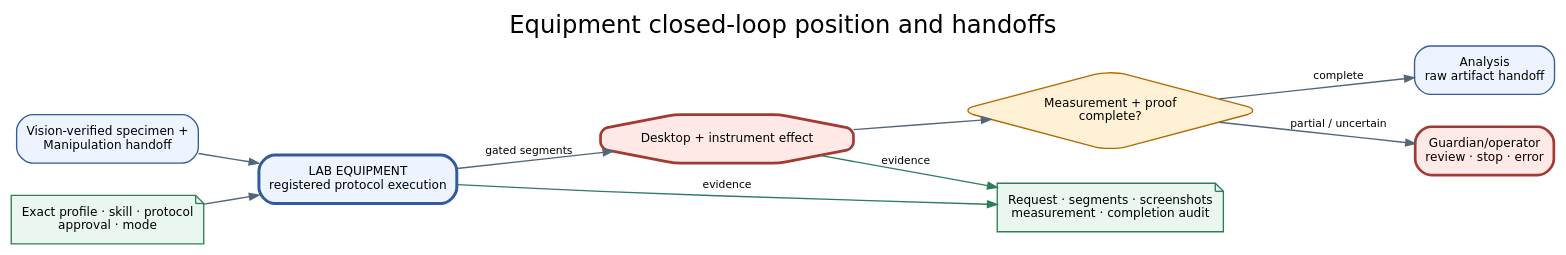
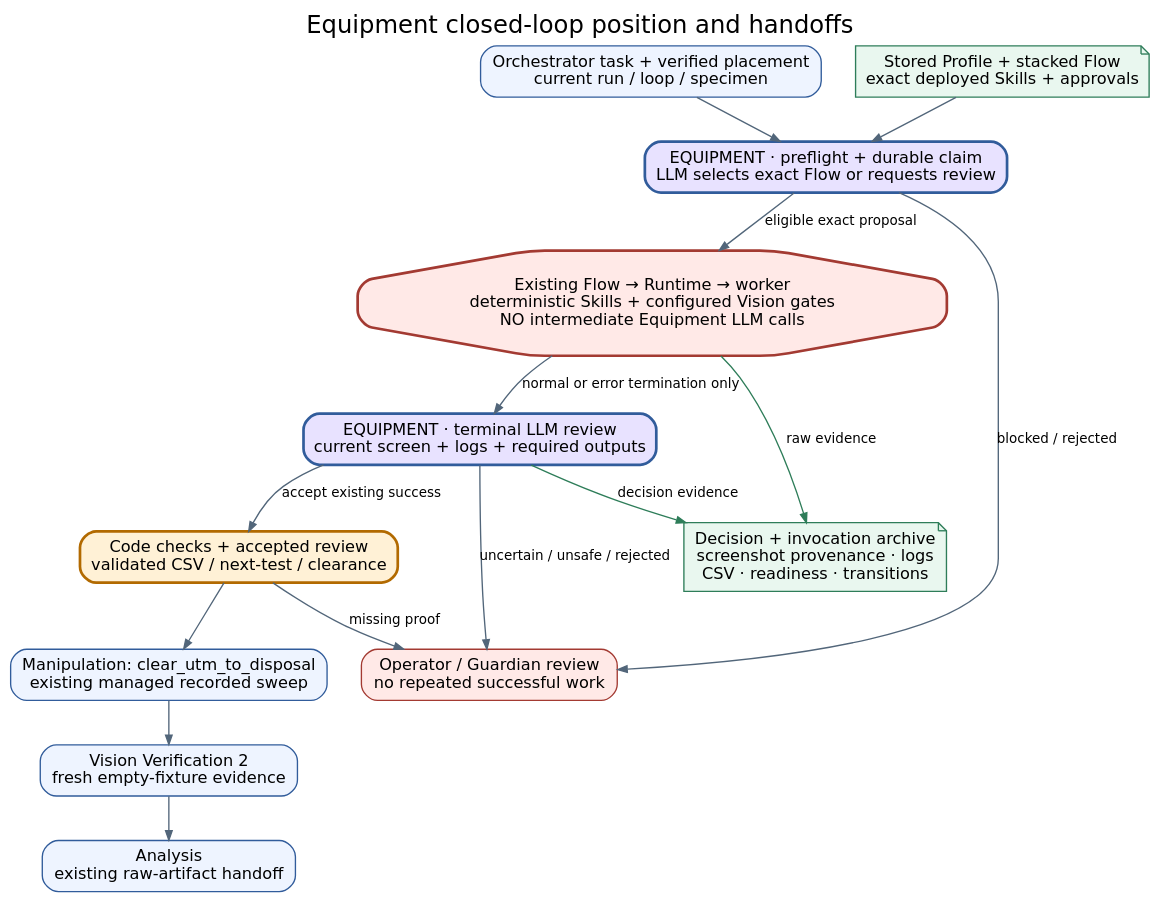
One commit to JIN9811/autonomous_researcher changed the diagram in docs/agents/assets/figures/equipment_01_closed_loop_handoffs.dot. Above: the diagram before and after it, drawn with Graphviz. The commit also changed 20 other files, not shown here.

```diff
--- a/docs/agents/assets/figures/equipment_01_closed_loop_handoffs.dot
+++ b/docs/agents/assets/figures/equipment_01_closed_loop_handoffs.dot
@@ -1,21 +1,27 @@
 digraph equipment_closed_loop_handoffs {
-  graph [rankdir=LR, bgcolor="transparent", pad="0.25", nodesep="0.34", ranksep="0.55", fontname="DejaVu Sans", label="Equipment closed-loop position and handoffs", labelloc="t", fontsize=18];
-  node [shape=box, style="rounded,filled", fillcolor="#EEF4FF", color="#315C9B", fontname="DejaVu Sans", fontsize=9, margin="0.10,0.07"];
-  edge [color="#52667A", fontname="DejaVu Sans", fontsize=8, arrowsize=0.7];
-  placement [label="Vision-verified specimen +\nManipulation handoff"];
-  protocol [label="Exact profile · skill · protocol\napproval · mode", shape=note, fillcolor="#E9F7EF", color="#2E7D59"];
-  equipment [label="LAB EQUIPMENT\nregistered protocol execution", penwidth=2.2];
-  effect [label="Desktop + instrument effect", shape=octagon, fillcolor="#FFE9E7", color="#A33A32", penwidth=2];
-  proofgate [label="Measurement + proof\ncomplete?", shape=diamond, fillcolor="#FFF1D6", color="#B26A00"];
-  analysis [label="Analysis\nraw artifact handoff"];
-  review [label="Guardian/operator\nreview · stop · error", fillcolor="#FFE9E7", color="#A33A32", penwidth=2];
-  evidence [label="Request · segments · screenshots\nmeasurement · completion audit", shape=note, fillcolor="#E9F7EF", color="#2E7D59"];
-  placement -> equipment;
-  protocol -> equipment;
-  equipment -> effect [label="gated segments"];
-  effect -> proofgate;
-  proofgate -> analysis [label="complete"];
-  proofgate -> review [label="partial / uncertain"];
-  equipment -> evidence [label="evidence", color="#2E7D59"];
-  effect -> evidence [label="evidence", color="#2E7D59"];
+  graph [rankdir=TB, bgcolor="transparent", pad="0.25", nodesep="0.35", ranksep="0.45", fontname="DejaVu Sans", label="Equipment closed-loop position and handoffs", labelloc="t", fontsize=18];
+  node [shape=box, style="rounded,filled", fillcolor="#EEF4FF", color="#315C9B", fontname="DejaVu Sans", fontsize=12, margin="0.12,0.09"];
+  edge [color="#52667A", fontname="DejaVu Sans", fontsize=10, arrowsize=0.7];
+  upstream [label="Orchestrator task + verified placement\ncurrent run / loop / specimen"];
+  contract [label="Stored Profile + stacked Flow\nexact deployed Skills + approvals", shape=note, fillcolor="#E9F7EF", color="#2E7D59"];
+  selection [label="EQUIPMENT · preflight + durable claim\nLLM selects exact Flow or requests review", fillcolor="#E8E2FF", penwidth=2];
+  execution [label="Existing Flow → Runtime → worker\ndeterministic Skills + configured Vision gates\nNO intermediate Equipment LLM calls", shape=octagon, fillcolor="#FFE9E7", color="#A33A32", penwidth=2];
+  terminal [label="EQUIPMENT · terminal LLM review\ncurrent screen + logs + required outputs", fillcolor="#E8E2FF", penwidth=2];
+  gate [label="Code checks + accepted review\nvalidated CSV / next-test / clearance", fillcolor="#FFF1D6", color="#B26A00", penwidth=2];
+  clear [label="Manipulation: clear_utm_to_disposal\nexisting managed recorded sweep"];
+  vision [label="Vision Verification 2\nfresh empty-fixture evidence"];
+  analysis [label="Analysis\nexisting raw-artifact handoff"];
+  review [label="Operator / Guardian review\nno repeated successful work", fillcolor="#FFE9E7", color="#A33A32"];
+  evidence [label="Decision + invocation archive\nscreenshot provenance · logs\nCSV · readiness · transitions", shape=note, fillcolor="#E9F7EF", color="#2E7D59"];
+  upstream -> selection;
+  contract -> selection;
+  selection -> execution [label="eligible exact proposal"];
+  selection -> review [label="blocked / rejected"];
+  execution -> terminal [label="normal or error termination only"];
+  execution -> evidence [label="raw evidence", color="#2E7D59"];
+  terminal -> gate [label="accept existing success"];
+  terminal -> review [label="uncertain / unsafe / rejected"];
+  terminal -> evidence [label="decision evidence", color="#2E7D59"];
+  gate -> clear -> vision -> analysis;
+  gate -> review [label="missing proof"];
 }
```
